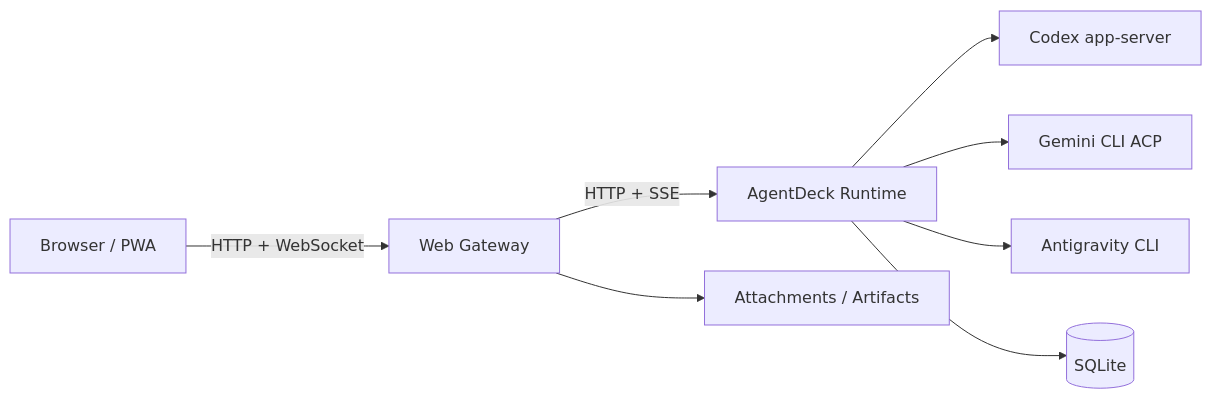
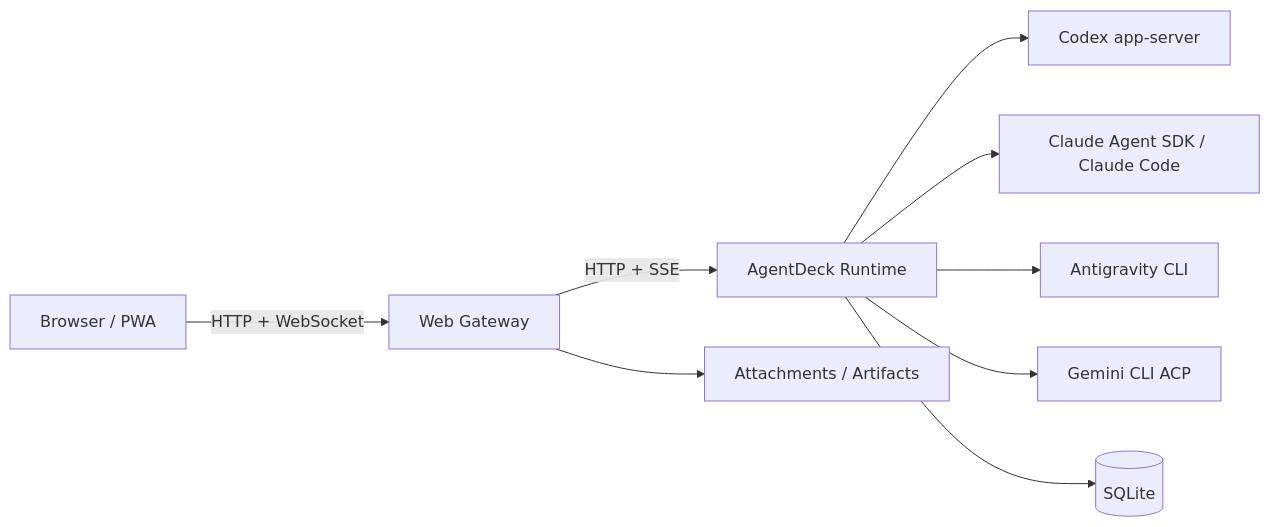
Before and after one commit to razuberiii/agentdeck: the diagram in README.md, drawn with Mermaid. The commit also changed other lines of this file and 27 other files, not shown here.

Commit message:
Add Claude Code provider integration

````diff
--- a/README.md
+++ b/README.md
@@ -76,11 +78,12 @@
 ```mermaid
 flowchart LR
     A[Browser / PWA] -->|HTTP + WebSocket| B[Web Gateway]
     B -->|HTTP + SSE| C[AgentDeck Runtime]
     C --> D[Codex app-server]
-    C --> E[Gemini CLI ACP]
+    C --> E[Claude Agent SDK / Claude Code]
     C --> F[Antigravity CLI]
+    C --> I[Gemini CLI ACP]
 
     C --> G[(SQLite)]
     B --> H[Attachments / Artifacts]
 ```
````
